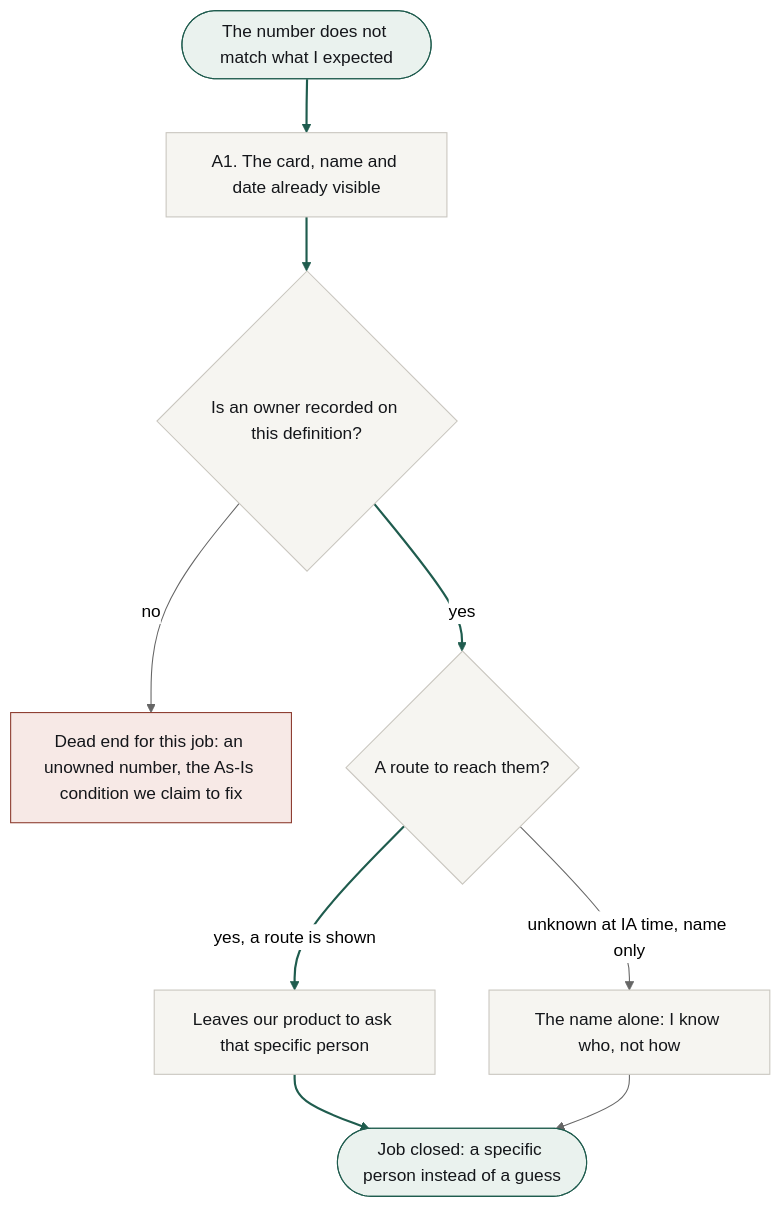
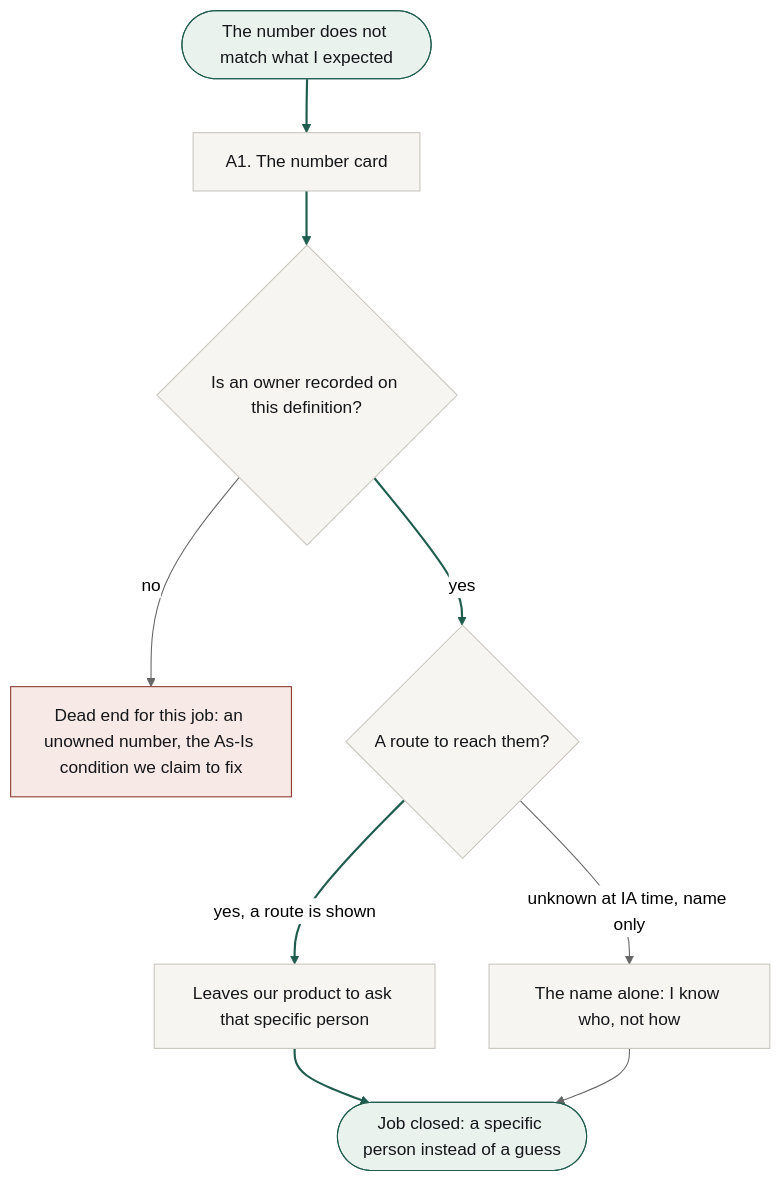
The second of 4 diagrams in ia/docs/flows.md (sergiodesign4u-dot/plumb), drawn with Mermaid (neutral theme) before and after one commit. The commit also changed other lines of this file and 5 other files, not shown here.

````diff
--- a/ia/docs/flows.md
+++ b/ia/docs/flows.md
@@ -64,19 +65,19 @@
 ```mermaid
 flowchart TD
-    S2(["The number does not match what I expected"]) --> C2a["A1. The card, name and date already visible"]
+    S2(["The number does not match what I expected"]) --> C2a["A1. The number card"]
     C2a --> Has{"Is an owner recorded on this definition?"}
     Has -->|no| NoOwn["Dead end for this job: an unowned number, the As-Is condition we claim to fix"]
     Has -->|yes| Route{"A route to reach them?"}
     Route -->|"yes, a route is shown"| Ask["Leaves our product to ask that specific person"]
     Route -->|"unknown at IA time, name only"| Name["The name alone: I know who, not how"]
     Ask --> W2(["Job closed: a specific person instead of a guess"])
     Name --> W2
 
     classDef success fill:#eaf2ee,stroke:#1f5c4e,color:#14161a;
     classDef dead fill:#f7e9e6,stroke:#8c3b2e,color:#14161a;
     classDef neutral fill:#f6f5f1,stroke:#c9c6bf,color:#14161a;
     class S2,W2 success;
     class NoOwn dead;
     class C2a,Has,Route,Ask,Name neutral;
     linkStyle 0,1,3,4,6 stroke:#1f5c4e,stroke-width:2px;
 ```
````
